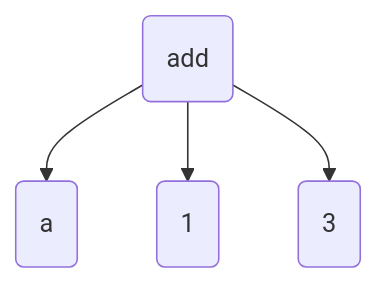
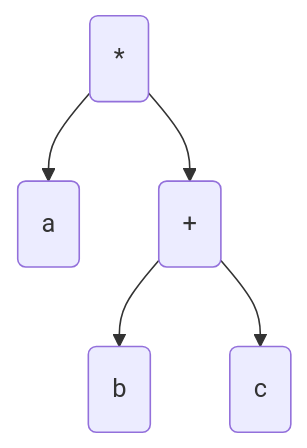
Diagram 17 of 49 in src/essays/number-tree/essay.md (pengvyn/kavpix-code), drawn with Mermaid before and after one commit. The commit also changed other lines of this file and 1 other file, not shown here.

````diff
--- a/src/essays/number-tree/essay.md
+++ b/src/essays/number-tree/essay.md
@@ -131,6 +307,7 @@
 ```mermaid
     graph TD;
-        add(add) --> a(a);
-        add --> 1(1);
-        add --> 3(3);
+        mul(*) --> a(a)
+        add(+) --> b(b)
+        add --> c(c)
+        mul --> add
 ```
````
